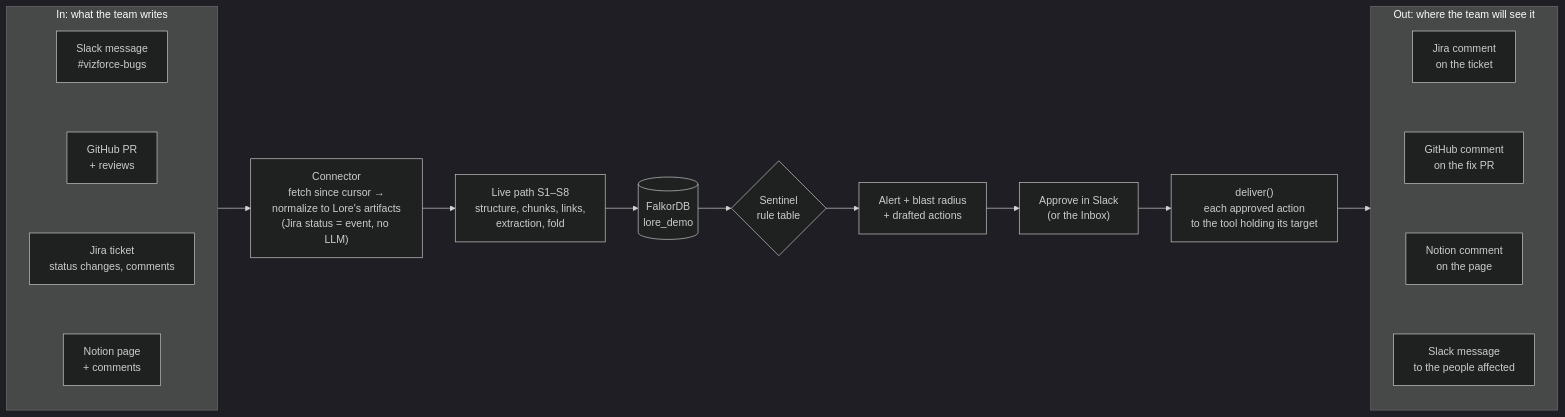
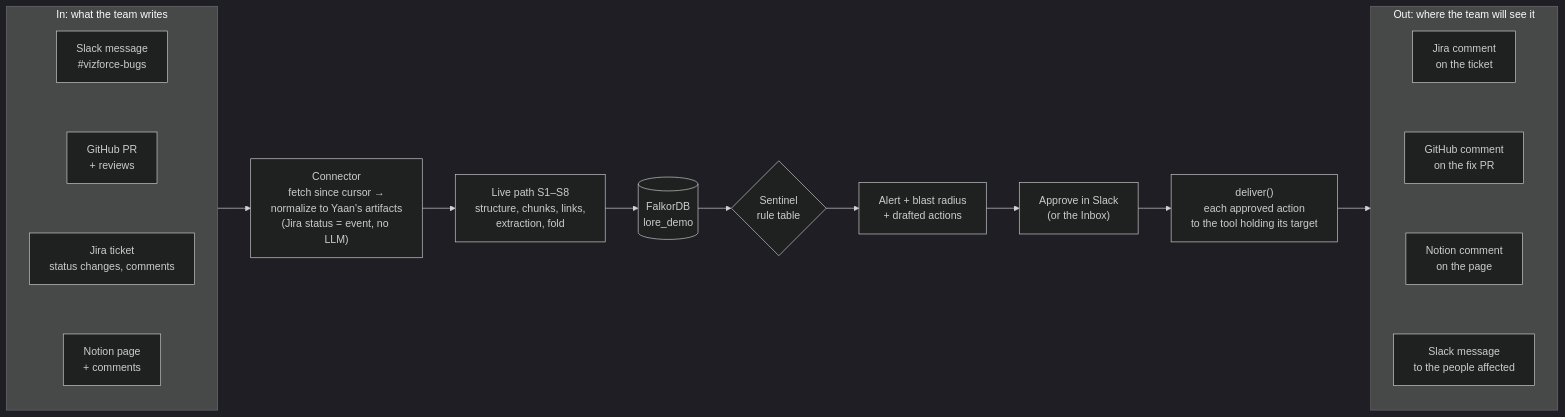
The diagram in docs/diagrams/connectors-flow.mmd (t-maypat/yaan), drawn with Mermaid (dark theme) before and after one commit. The commit also changed 204 other files, not shown here.

First line of the commit message:
Phase 22.10: Lore's remaining names become Yaan's; old names still read

```diff
--- a/docs/diagrams/connectors-flow.mmd
+++ b/docs/diagrams/connectors-flow.mmd
@@ -1,26 +1,26 @@
 %% Connectors (Phase 17, D073-D074): company tools in on the left, approved actions out on the right.
 flowchart LR
   subgraph IN["In: what the team writes"]
     direction TB
     S1["Slack message<br/>#vizforce-bugs"]:::ext
     G1["GitHub PR<br/>+ reviews"]:::ext
     J1["Jira ticket<br/>status changes, comments"]:::ext
     N1["Notion page<br/>+ comments"]:::ext
   end
   S1 ~~~ G1 ~~~ J1 ~~~ N1
-  IN --> C["Connector<br/>fetch since cursor →<br/>normalize to Lore's artifacts<br/>(Jira status = event, no LLM)"]:::code
+  IN --> C["Connector<br/>fetch since cursor →<br/>normalize to Yaan's artifacts<br/>(Jira status = event, no LLM)"]:::code
   C --> L["Live path S1–S8<br/>structure, chunks, links,<br/>extraction, fold"]:::code
   L --> DB[("FalkorDB<br/>lore_demo")]:::store
   DB --> SE{"Sentinel<br/>rule table"}:::guard
   SE --> AL["Alert + blast radius<br/>+ drafted actions"]:::file
   AL --> AP["Approve in Slack<br/>(or the Inbox)"]:::human
   AP --> D["deliver()<br/>each approved action<br/>to the tool holding its target"]:::code
   D --> OUT
   subgraph OUT["Out: where the team will see it"]
     direction TB
     J2["Jira comment<br/>on the ticket"]:::ext
     G2["GitHub comment<br/>on the fix PR"]:::ext
     N2["Notion comment<br/>on the page"]:::ext
     S2["Slack message<br/>to the people affected"]:::ext
   end
   J2 ~~~ G2 ~~~ N2 ~~~ S2
```
